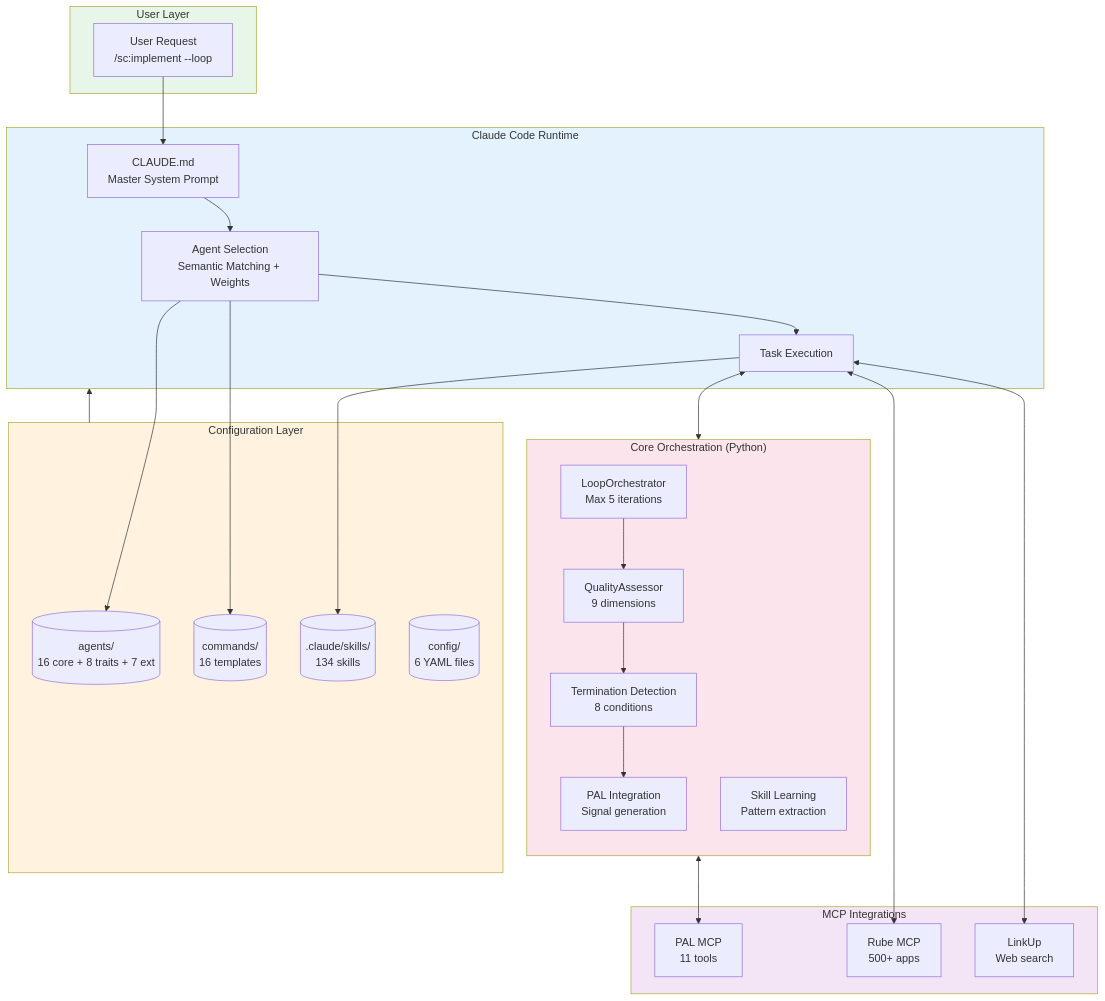
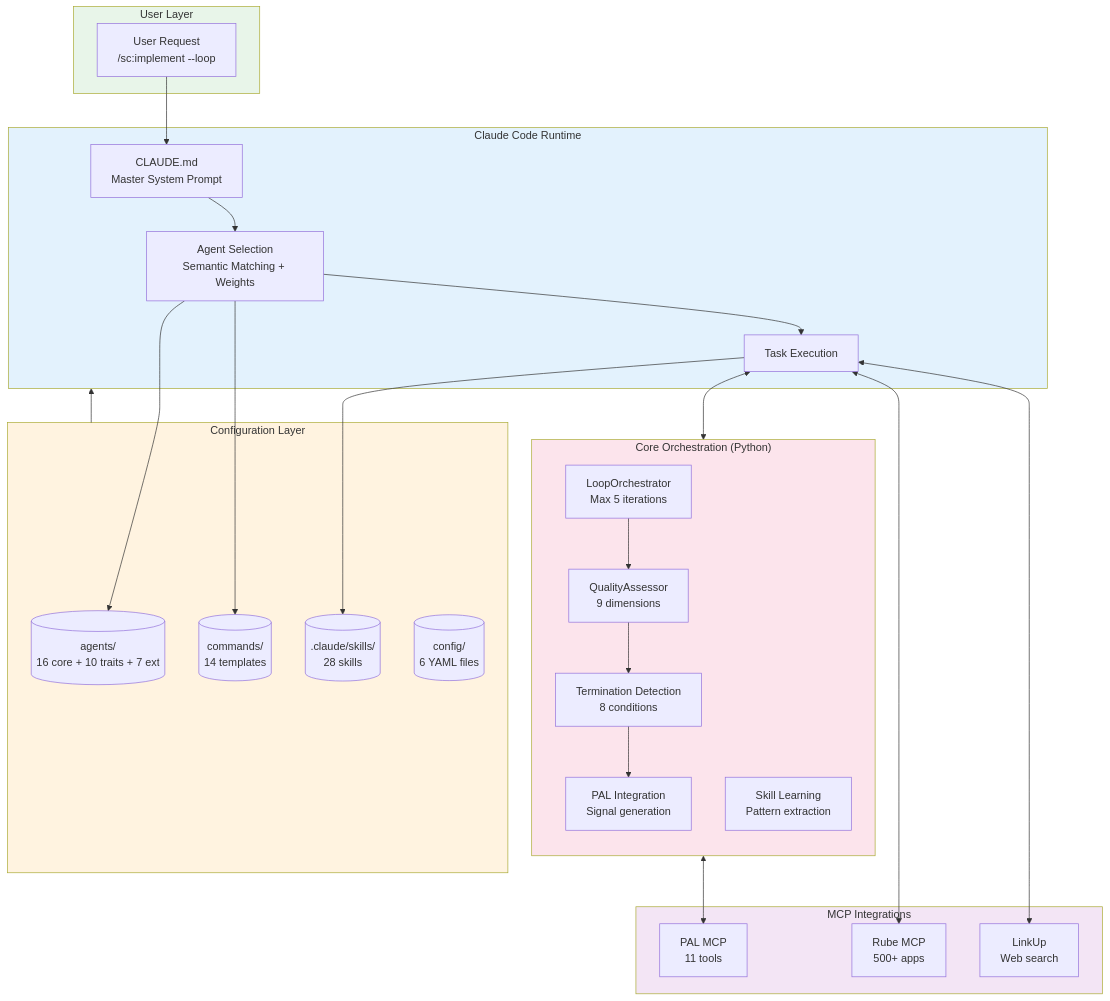
The first of 9 diagrams in README.md (Tony363/SuperClaude), drawn with Mermaid before and after one commit. The commit also changed other lines of this file and 22 other files, not shown here.

````diff
--- a/README.md
+++ b/README.md
@@ -121,55 +119,55 @@
 ```mermaid
 flowchart TB
     subgraph User["User Layer"]
         REQ["User Request<br/>/sc:implement --loop"]
     end
 
     subgraph Runtime["Claude Code Runtime"]
         CLAUDE["CLAUDE.md<br/>Master System Prompt"]
         SELECT["Agent Selection<br/>Semantic Matching + Weights"]
         EXEC["Task Execution"]
     end
 
     subgraph Config["Configuration Layer"]
-        AGENTS[("agents/<br/>16 core + 8 traits + 7 ext")]
-        COMMANDS[("commands/<br/>16 templates")]
-        SKILLS[(".claude/skills/<br/>134 skills")]
+        AGENTS[("agents/<br/>16 core + 10 traits + 7 ext")]
+        COMMANDS[("commands/<br/>14 templates")]
+        SKILLS[(".claude/skills/<br/>28 skills")]
         YAML[("config/<br/>6 YAML files")]
     end
 
     subgraph Core["Core Orchestration (Python)"]
         direction TB
         LOOP["LoopOrchestrator<br/>Max 5 iterations"]
         QUALITY["QualityAssessor<br/>9 dimensions"]
         TERM["Termination Detection<br/>8 conditions"]
         PALINT["PAL Integration<br/>Signal generation"]
         LEARN["Skill Learning<br/>Pattern extraction"]
     end
 
     subgraph MCP["MCP Integrations"]
         PAL["PAL MCP<br/>11 tools"]
         RUBE["Rube MCP<br/>500+ apps"]
         LINKUP["LinkUp<br/>Web search"]
     end
 
     REQ --> CLAUDE
     CLAUDE --> SELECT
     SELECT --> AGENTS
     SELECT --> COMMANDS
     SELECT --> EXEC
     EXEC --> SKILLS
     EXEC <--> Core
     LOOP --> QUALITY
     QUALITY --> TERM
     TERM --> PALINT
     PALINT <--> PAL
     EXEC <--> RUBE
     EXEC <--> LINKUP
     Config --> Runtime
 
     style User fill:#e8f5e9
     style Runtime fill:#e3f2fd
     style Config fill:#fff3e0
     style Core fill:#fce4ec
     style MCP fill:#f3e5f5
 ```
````
